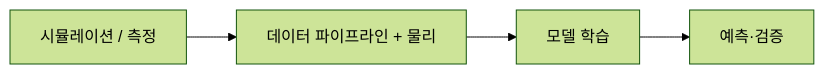
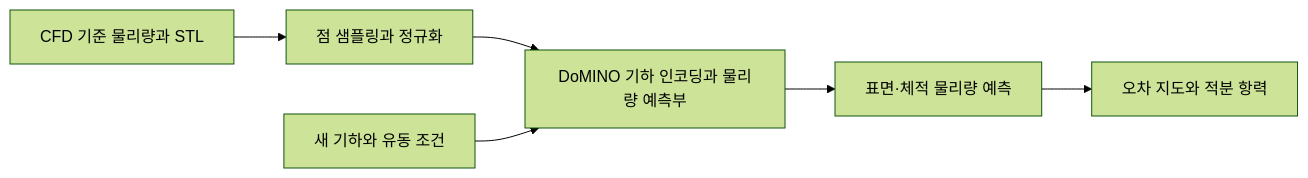
The diagram in docs/ko/physicsnemo.md (james-joobs/awesome-nvidia-physical-ai), drawn with Mermaid (forest theme) before and after one commit. The commit also changed other lines of this file and 187 other files, not shown here.

Commit message:
Expand bilingual guides with official architecture references

````diff
--- a/docs/ko/physicsnemo.md
+++ b/docs/ko/physicsnemo.md
@@ -17,4 +18,14 @@
 ```mermaid
 flowchart LR
-    A["시뮬레이션 / 측정"] --> B["데이터 파이프라인 + 물리"] --> C["모델 학습"] --> D["예측·검증"]
+    cfd["CFD 기준 물리량과 STL"]
+    data["점 샘플링과 정규화"]
+    model["DoMINO 기하 인코딩과 물리량 예측부"]
+    stl["새 기하와 유동 조건"]
+    out["표면·체적 물리량 예측"]
+    eval["오차 지도와 적분 항력"]
+    cfd --> data
+    data --> model
+    stl --> model
+    model --> out
+    out --> eval
 ```
````
